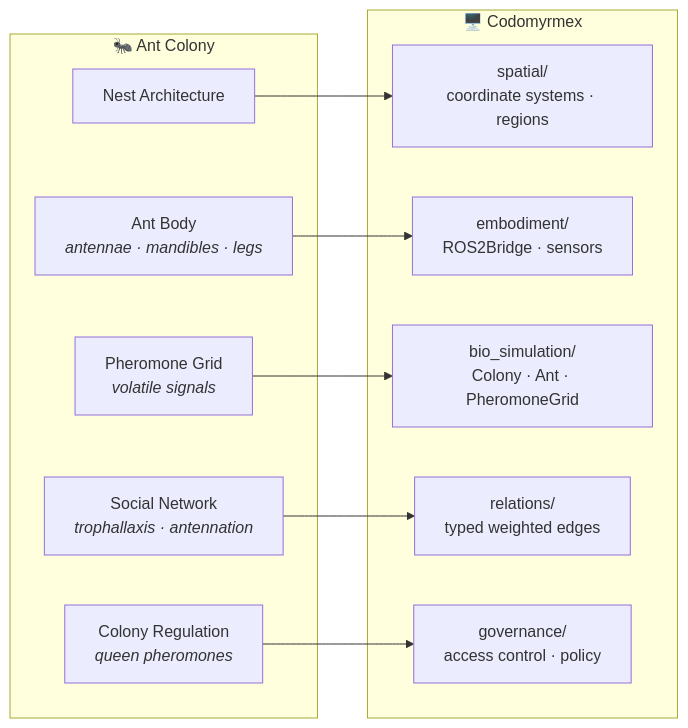
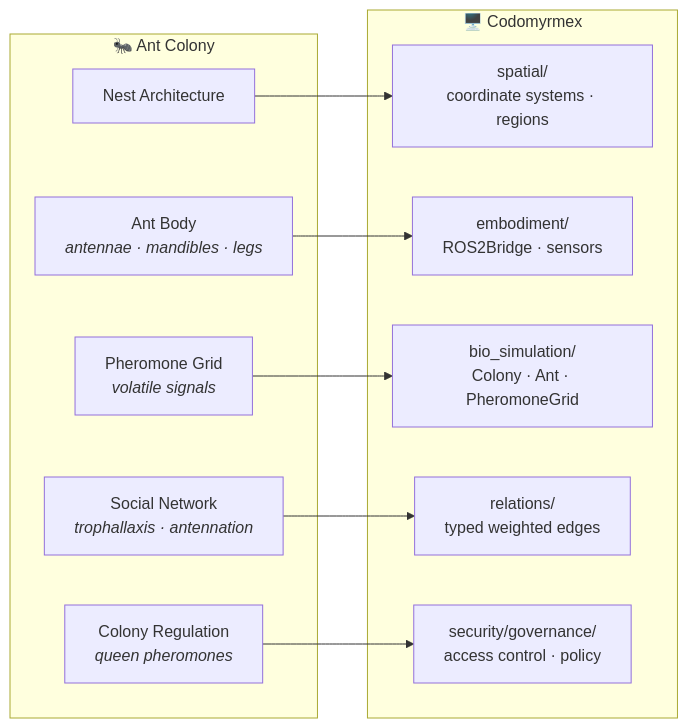
One commit to docxology/codomyrmex changed the second of 3 diagrams in docs/bio/myrmecology.md. Above: the diagram before and after it, drawn with Mermaid. The commit also changed other lines of this file and 614 other files, not shown here.

````diff
--- a/docs/bio/myrmecology.md
+++ b/docs/bio/myrmecology.md
@@ -41,24 +41,24 @@
 ```mermaid
 graph LR
     subgraph ANT["🐜 Ant Colony"]
         NEST["Nest Architecture"]
         BODY["Ant Body<br/><i>antennae · mandibles · legs</i>"]
         PHERO["Pheromone Grid<br/><i>volatile signals</i>"]
         SOCIAL["Social Network<br/><i>trophallaxis · antennation</i>"]
         QUEEN["Colony Regulation<br/><i>queen pheromones</i>"]
     end
 
     subgraph CDM["🖥️ Codomyrmex"]
         SPATIAL["spatial/<br/>coordinate systems · regions"]
         EMBOD["embodiment/<br/>ROS2Bridge · sensors"]
         BIOSIM["bio_simulation/<br/>Colony · Ant · PheromoneGrid"]
         RELAT["relations/<br/>typed weighted edges"]
-        GOVERN["governance/<br/>access control · policy"]
+        GOVERN["security/governance/<br/>access control · policy"]
     end
 
     NEST --> SPATIAL
     BODY --> EMBOD
     PHERO --> BIOSIM
     SOCIAL --> RELAT
     QUEEN --> GOVERN
 ```
````
